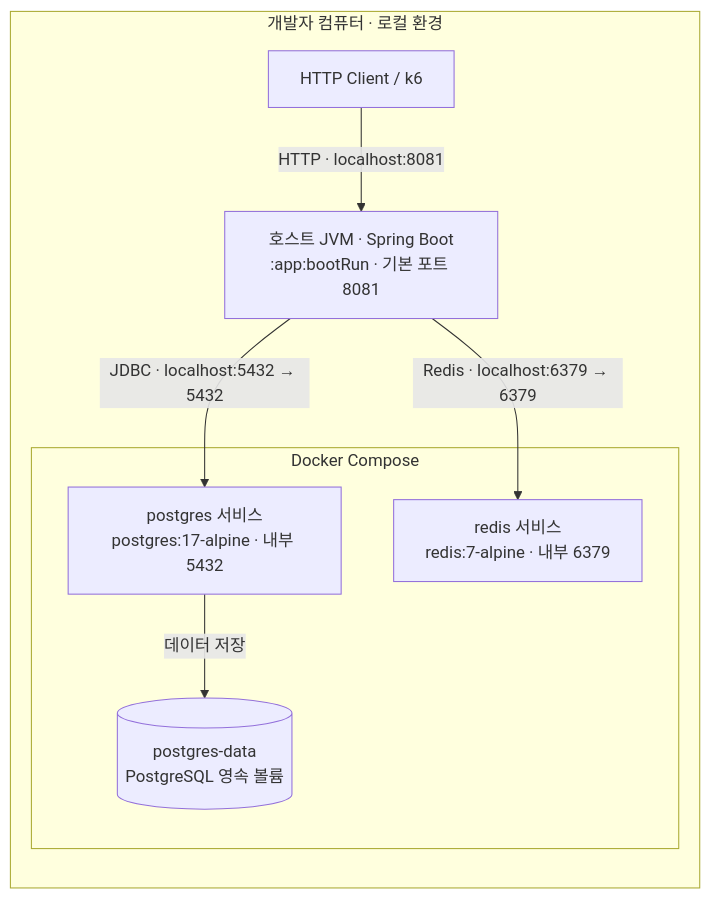
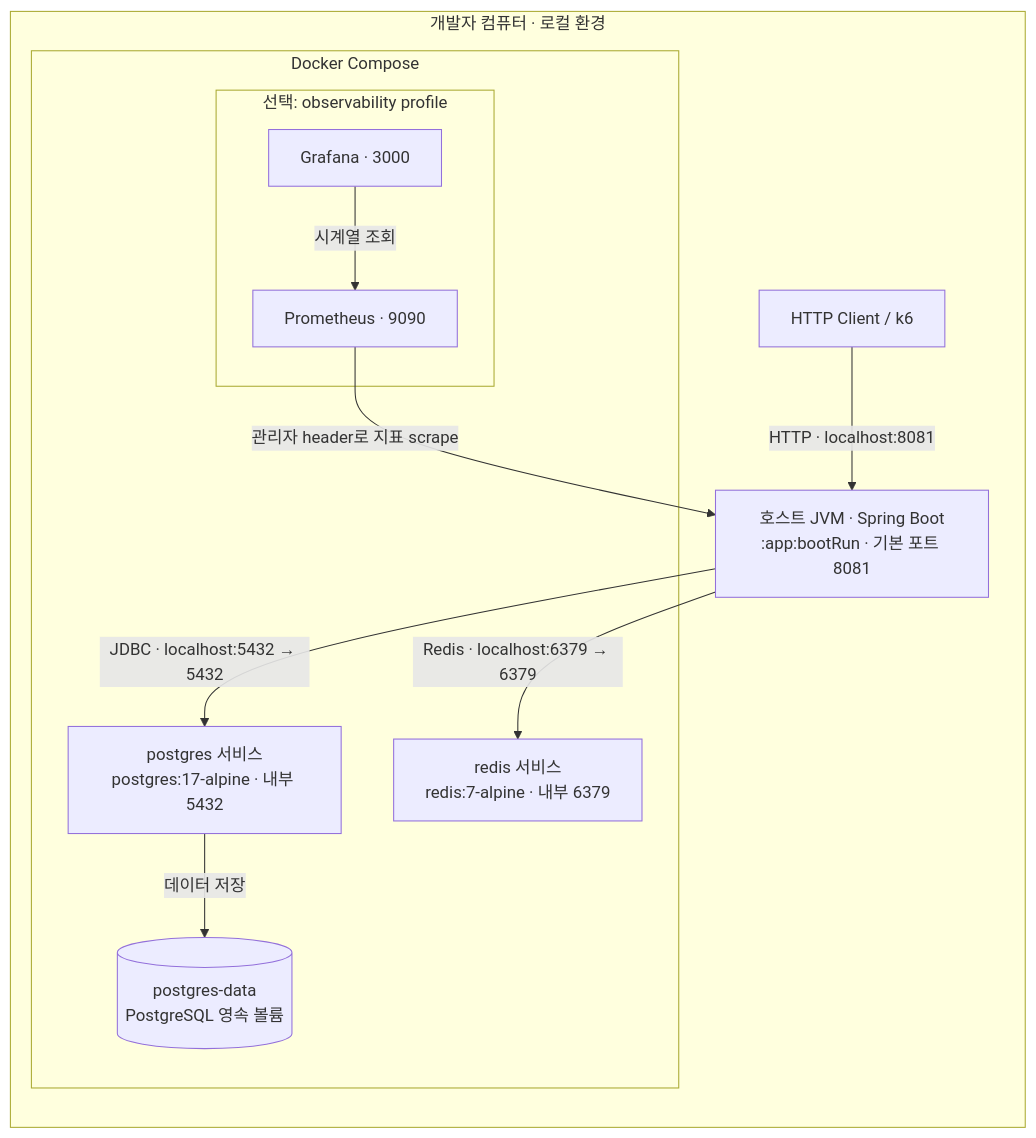
One commit to DevelopHeon/limited-ticketing changed the diagram in docs/architecture/deployment.md. Above: the diagram before and after it, drawn with Mermaid. The commit also changed other lines of this file and 10 other files, not shown here.

````diff
--- a/docs/architecture/deployment.md
+++ b/docs/architecture/deployment.md
@@ -5,16 +5,22 @@
 ```mermaid
 flowchart LR
     subgraph host["개발자 컴퓨터 · 로컬 환경"]
         client["HTTP Client / k6"]
         app["호스트 JVM · Spring Boot<br/>:app:bootRun · 기본 포트 8081"]
         subgraph docker["Docker Compose"]
             pg["postgres 서비스<br/>postgres:17-alpine · 내부 5432"]
             redis["redis 서비스<br/>redis:7-alpine · 내부 6379"]
+            subgraph observability["선택: observability profile"]
+                prometheus["Prometheus · 9090"]
+                grafana["Grafana · 3000"]
+                grafana -->|"시계열 조회"| prometheus
+            end
             volume[("postgres-data<br/>PostgreSQL 영속 볼륨")]
             pg -->|"데이터 저장"| volume
         end
+        prometheus -->|"관리자 header로 지표 scrape"| app
         client -->|"HTTP · localhost:8081"| app
         app -->|"JDBC · localhost:5432 → 5432"| pg
         app -->|"Redis · localhost:6379 → 6379"| redis
     end
 ```
````
